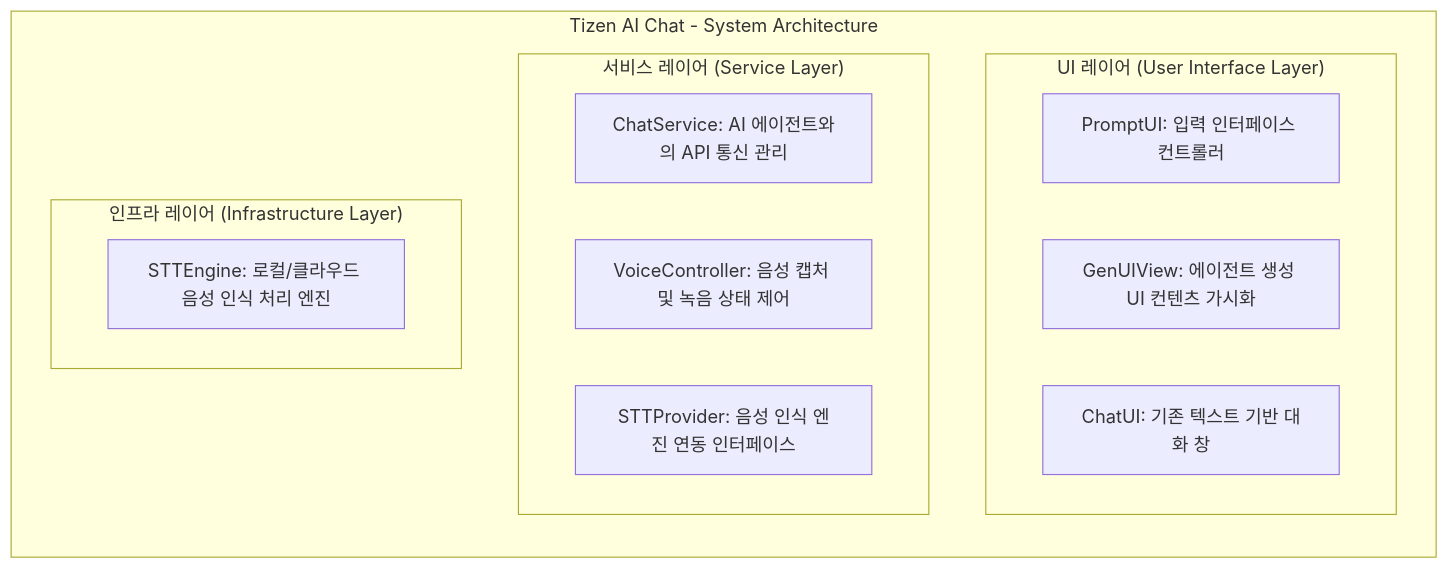
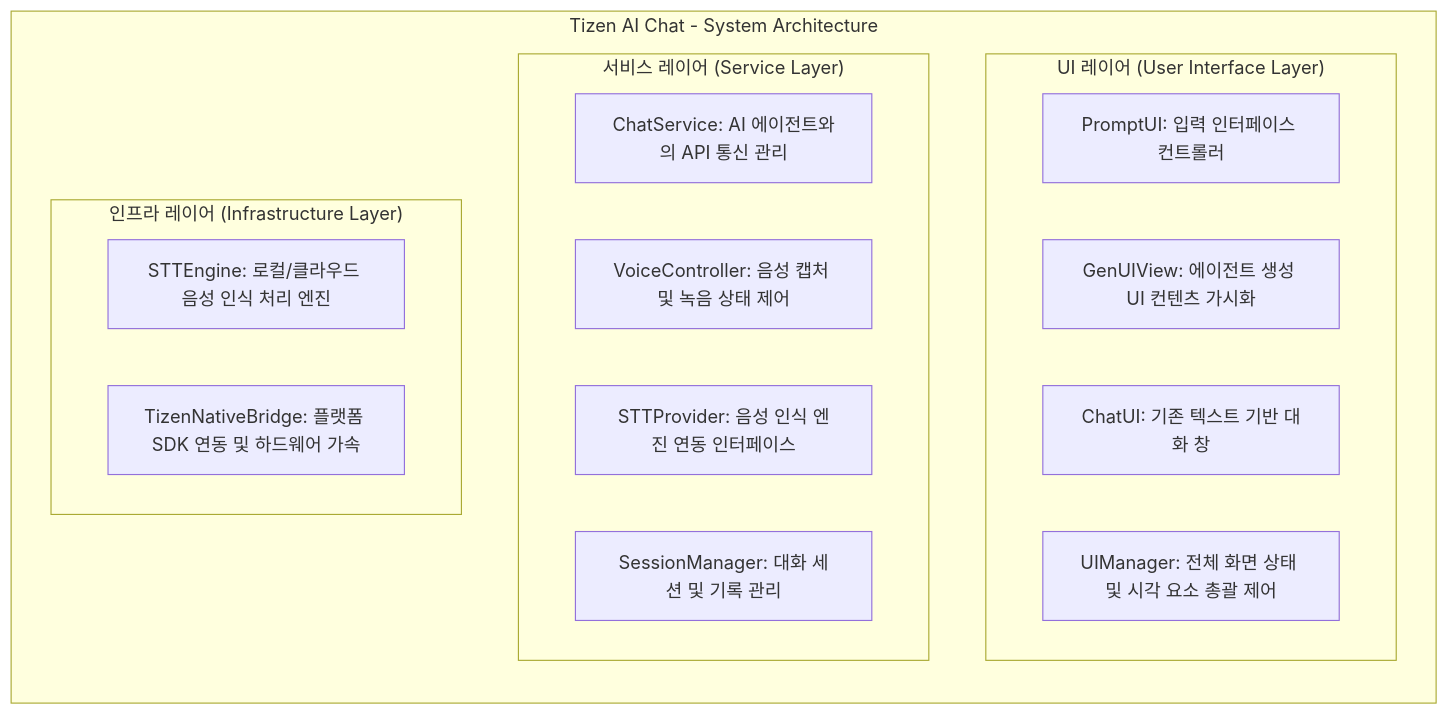
The diagram in README.md (shyunMin/tizen-chat), drawn with Mermaid before and after one commit. The commit also changed other lines of this file, not shown here.

Commit message:
docs: finalize architecture with UIManager and layered view

````diff
--- a/README.md
+++ b/README.md
@@ -15,22 +15,25 @@
 ```mermaid
 graph TB
     subgraph "Tizen AI Chat - System Architecture"
         direction TB
 
         subgraph "UI 레이어 (User Interface Layer)"
             PUI[PromptUI: 입력 인터페이스 컨트롤러]
             GVU[GenUIView: 에이전트 생성 UI 컨텐츠 가시화]
             CUI[ChatUI: 기존 텍스트 기반 대화 창]
+            UM[UIManager: 전체 화면 상태 및 시각 요소 총괄 제어]
         end
 
         subgraph "서비스 레이어 (Service Layer)"
             CS[ChatService: AI 에이전트와의 API 통신 관리]
             VC[VoiceController: 음성 캡처 및 녹음 상태 제어]
             SP[STTProvider: 음성 인식 엔진 연동 인터페이스]
+            SM[SessionManager: 대화 세션 및 기록 관리]
         end
 
         subgraph "인프라 레이어 (Infrastructure Layer)"
             SE[STTEngine: 로컬/클라우드 음성 인식 처리 엔진]
+            TNB[TizenNativeBridge: 플랫폼 SDK 연동 및 하드웨어 가속]
         end
     end
 ```
````
